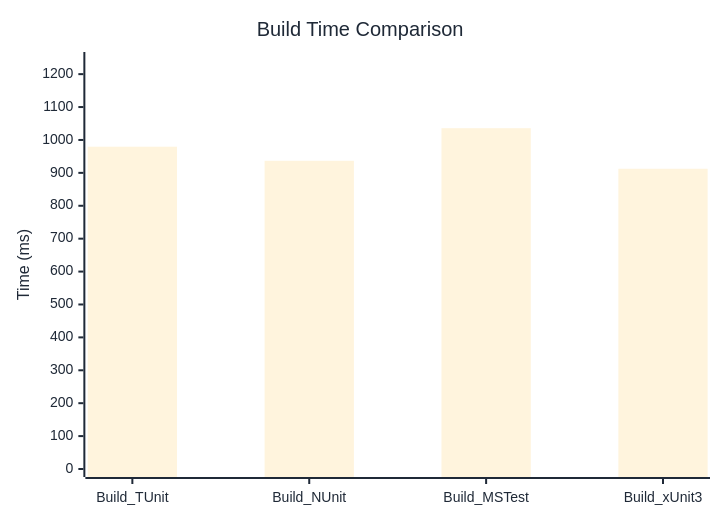
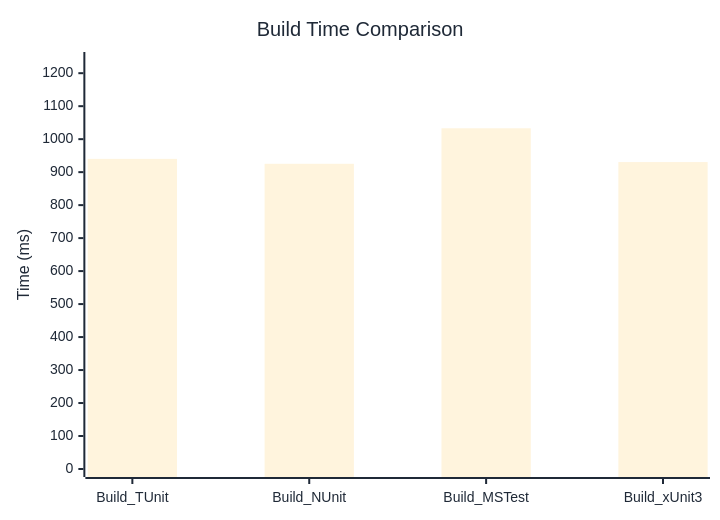
One commit to thomhurst/TUnit changed the diagram in docs/docs/benchmarks/engine/BuildTime.md. Above: the diagram before and after it, drawn with Mermaid. The commit also changed other lines of this file and 18 other files, not shown here.

````diff
--- a/docs/docs/benchmarks/engine/BuildTime.md
+++ b/docs/docs/benchmarks/engine/BuildTime.md
@@ -30,37 +30,37 @@
 ```mermaid
 %%{init: {
   'theme':'base',
   'themeVariables': {
     'primaryColor': '#2563eb',
     'primaryTextColor': '#1f2937',
     'primaryBorderColor': '#1e40af',
     'lineColor': '#6b7280',
     'secondaryColor': '#7c3aed',
     'tertiaryColor': '#dc2626',
     'background': '#ffffff',
     'mainBkg': '#2563eb',
     'secondBkg': '#7c3aed',
     'tertiaryBkg': '#dc2626',
     'clusterBkg': '#f3f4f6',
     'edgeLabelBackground': '#ffffff',
     'tertiaryTextColor': '#1f2937',
     'pie1': '#2563eb',
     'pie2': '#7c3aed',
     'pie3': '#dc2626',
     'pie4': '#f59e0b',
     'pie5': '#10b981',
     'pie6': '#06b6d4',
     'pie7': '#ec4899',
     'pie8': '#6366f1',
     'pie9': '#84cc16',
     'pie10': '#f97316',
     'pie11': '#14b8a6',
     'pie12': '#a855f7'
   }
 }}%%
 xychart-beta
   title "Build Time Comparison"
   x-axis ["Build_TUnit", "Build_NUnit", "Build_MSTest", "Build_xUnit3"]
-  y-axis "Time (ms)" 0 --> 1243
-  bar [979.5, 936.7, 1035.8, 912.5]
+  y-axis "Time (ms)" 0 --> 1240
+  bar [940.2, 925.3, 1033, 930.5]
 ```
````
